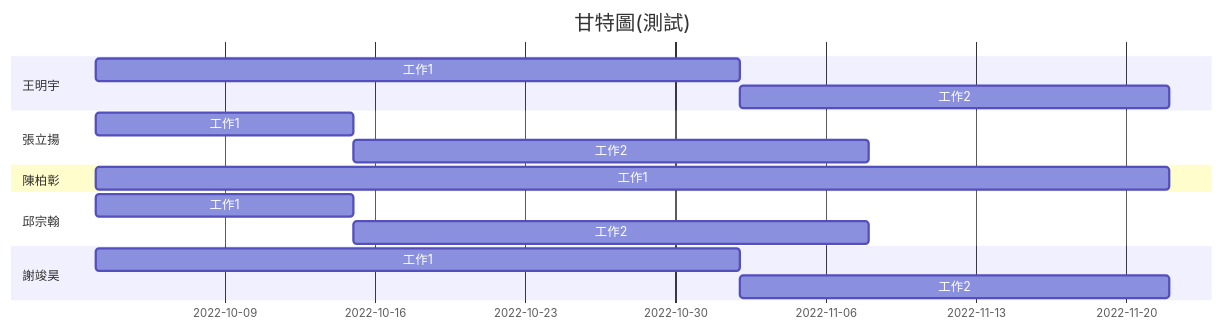
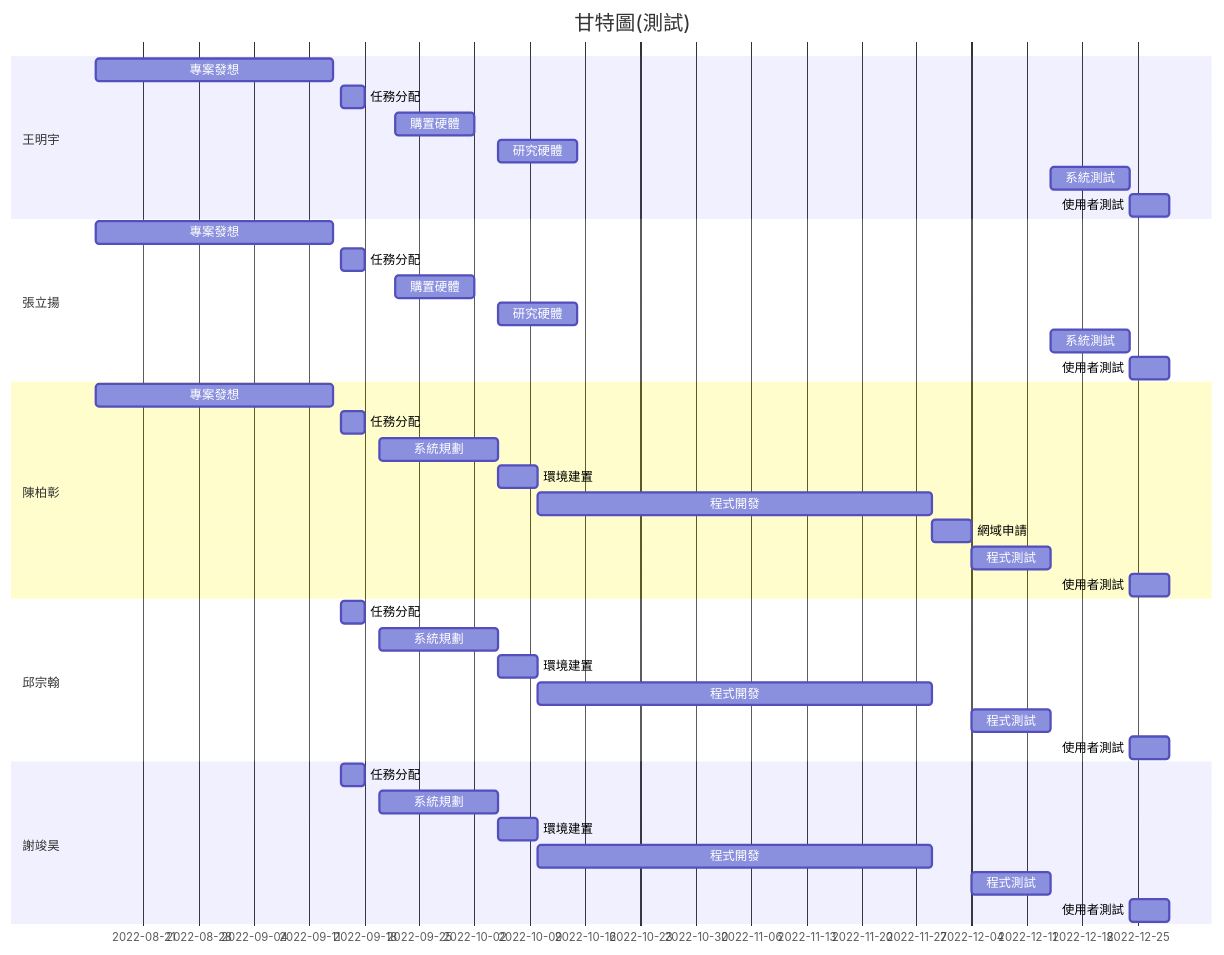
The diagram in README.md (MoRedChen/2022-3a-group5), drawn with Mermaid before and after one commit.

````diff
--- a/README.md
+++ b/README.md
@@ -9,23 +9,47 @@
 ```mermaid
 gantt
     title 甘特圖(測試)
 
     section 王明宇
-    工作1 :a1, 2022-10-03, 30d
-    工作2 :after a1  , 20d
+    專案發想 :a1, 2022-08-15, 30d
+    任務分配:2022-9-15,3d
+    購置硬體:a3, 2022-9-22  , 10d
+    研究硬體:after a3,10d
+    系統測試:a8,after a7,10d
+    使用者測試:a9,after a8,5d
     
     section 張立揚
-    工作1 :2022-10-03  , 12d
-    工作2 : 24d
+    專案發想 :a1,2022-08-15  , 30d
+    任務分配:2022-9-15,3d
+    購置硬體:a3, 2022-9-22  , 10d
+    研究硬體:a4,after a3,10d
+    系統測試:after a7,10d
+    使用者測試:a9,after a8,5d
     
     section 陳柏彰
-    工作1 :2022-10-03, 50d
-    
+    專案發想 :a1,2022-08-15, 30d
+    任務分配:2022-9-15,3d
+    系統規劃: a3,2022-9-20,15d
+    環境建置:a4,after a3,5d
+    程式開發:a5,after a4,50d
+    網域申請:a6,after a5,5d
+    程式測試:a7,after a6,10d
+    使用者測試:a9,after a8,5d
+      
     section 邱宗翰
-    工作1 :2022-10-03  , 12d
-    工作2 : 24d
+    任務分配:2022-9-15,3d
+    系統規劃: a2,2022-9-20,15d
+    環境建置:after a3,5d
+    程式開發:a5,after a4,50d
+    程式測試:a7,after a6,10d
+    使用者測試:a9,after a8,5d
     
     section 謝竣昊
-    工作1 :a1, 2022-10-03, 30d
-    工作2 :after a1  , 20d
+    任務分配:2022-9-15,3d
+    系統規劃: a2,2022-9-20,15d
+    環境建置:after a2,5d
+    程式開發:a5,after a4,50d
+    程式測試:a7,after a6,10d
+    使用者測試:a9,after a8,5d
+    
 ```
````
